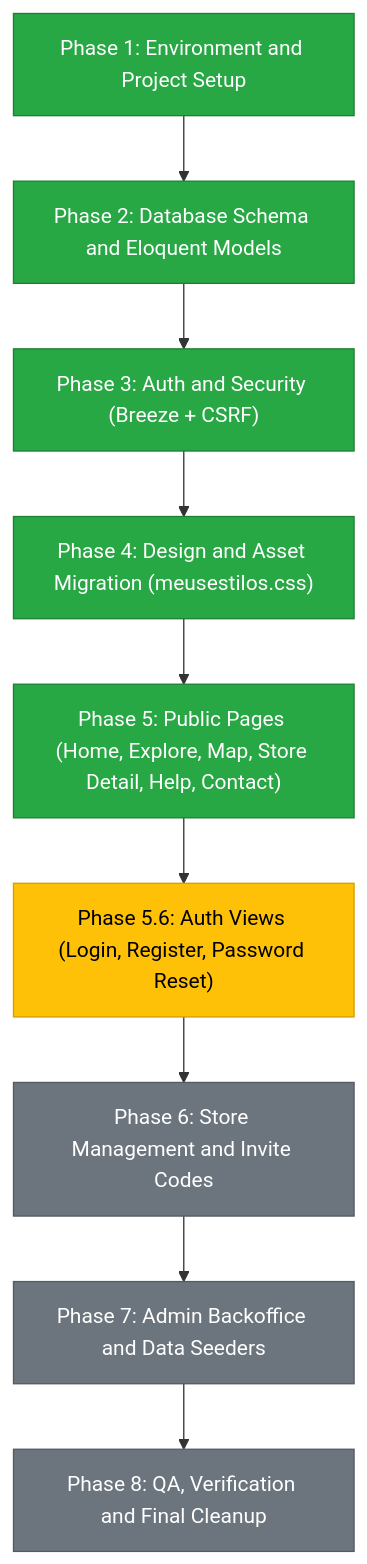
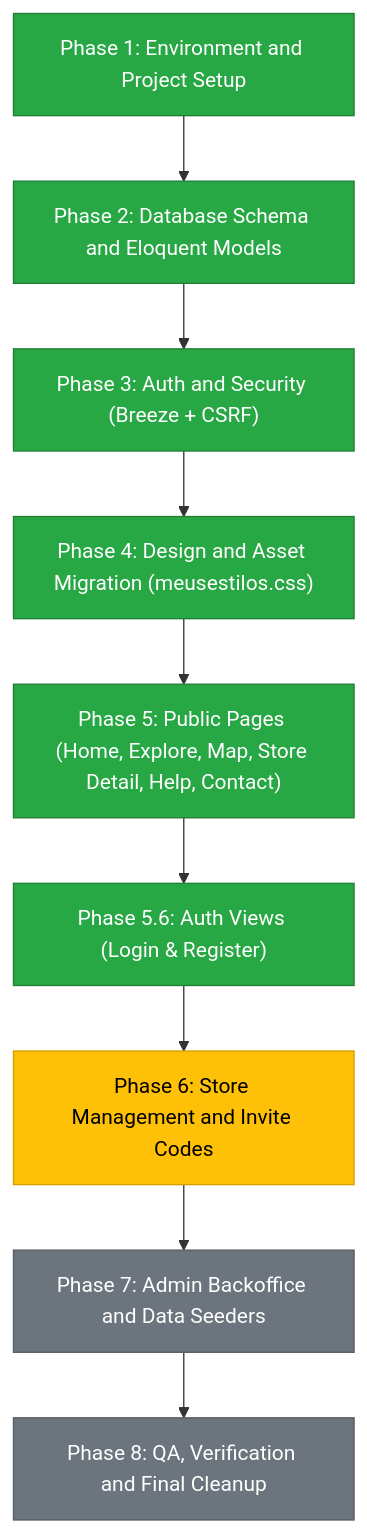
The diagram in MIGRATION.md (tiagopina17/C.A.M.), drawn with Mermaid before and after one commit. The commit also changed other lines of this file and 1 other file, not shown here.

Commit message:
docs: update migration roadmap and backlog in readme and migration md

````diff
--- a/MIGRATION.md
+++ b/MIGRATION.md
@@ -34,15 +34,15 @@
 ```mermaid
 flowchart TD
     D1["Phase 1: Environment and Project Setup"]:::done --> D2["Phase 2: Database Schema and Eloquent Models"]:::done
     D2 --> D3["Phase 3: Auth and Security (Breeze + CSRF)"]:::done
     D3 --> D4["Phase 4: Design and Asset Migration (meusestilos.css)"]:::done
     D4 --> D5["Phase 5: Public Pages (Home, Explore, Map, Store Detail, Help, Contact)"]:::done
-    D5 --> D56["Phase 5.6: Auth Views (Login, Register, Password Reset)"]:::active
-    D56 --> D6["Phase 6: Store Management and Invite Codes"]:::pending
+    D5 --> D56["Phase 5.6: Auth Views (Login & Register)"]:::done
+    D56 --> D6["Phase 6: Store Management and Invite Codes"]:::active
     D6 --> D7["Phase 7: Admin Backoffice and Data Seeders"]:::pending
     D7 --> D8["Phase 8: QA, Verification and Final Cleanup"]:::pending
 
     classDef done fill:#28a745,stroke:#1e7e34,color:white;
     classDef active fill:#ffc107,stroke:#d39e00,color:black;
     classDef pending fill:#6c757d,stroke:#545b62,color:white;
 ```
````
